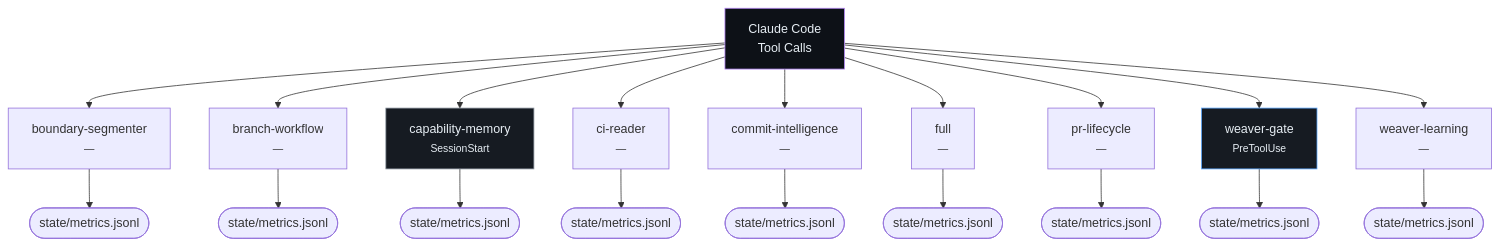
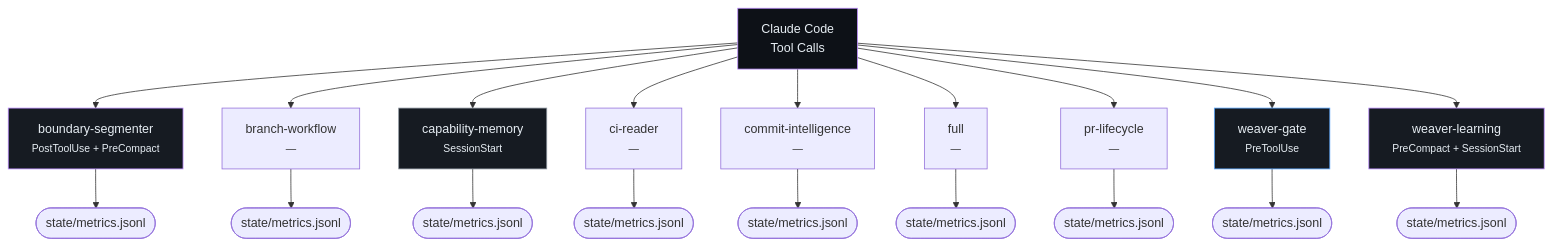
One commit to enchanted-plugins/weaver changed the diagram in docs/architecture/highlevel.mmd. Above: the diagram before and after it, drawn with Mermaid. The commit also changed 8 other files, not shown here.

First line of the commit message:
docs: regenerate architecture diagrams + SVGs with full hook topology

```diff
--- a/docs/architecture/highlevel.mmd
+++ b/docs/architecture/highlevel.mmd
@@ -1,41 +1,43 @@
 graph TD
     CC["Claude Code<br/>Tool Calls"]
-    boundary_segmenter["boundary-segmenter<br/><small>—</small>"]
+    boundary_segmenter["boundary-segmenter<br/><small>PostToolUse + PreCompact</small>"]
     CC --> boundary_segmenter
     boundary_segmenter_out(["state/metrics.jsonl"])
     boundary_segmenter --> boundary_segmenter_out
+    style boundary_segmenter fill:#161b22,stroke:#bc8cff,color:#e6edf3
     branch_workflow["branch-workflow<br/><small>—</small>"]
     CC --> branch_workflow
     branch_workflow_out(["state/metrics.jsonl"])
     branch_workflow --> branch_workflow_out
     capability_memory["capability-memory<br/><small>SessionStart</small>"]
     CC --> capability_memory
     capability_memory_out(["state/metrics.jsonl"])
     capability_memory --> capability_memory_out
     style capability_memory fill:#161b22,stroke:#8b949e,color:#e6edf3
     ci_reader["ci-reader<br/><small>—</small>"]
     CC --> ci_reader
     ci_reader_out(["state/metrics.jsonl"])
     ci_reader --> ci_reader_out
     commit_intelligence["commit-intelligence<br/><small>—</small>"]
     CC --> commit_intelligence
     commit_intelligence_out(["state/metrics.jsonl"])
     commit_intelligence --> commit_intelligence_out
     full["full<br/><small>—</small>"]
     CC --> full
     full_out(["state/metrics.jsonl"])
     full --> full_out
     pr_lifecycle["pr-lifecycle<br/><small>—</small>"]
     CC --> pr_lifecycle
     pr_lifecycle_out(["state/metrics.jsonl"])
     pr_lifecycle --> pr_lifecycle_out
     weaver_gate["weaver-gate<br/><small>PreToolUse</small>"]
     CC --> weaver_gate
     weaver_gate_out(["state/metrics.jsonl"])
     weaver_gate --> weaver_gate_out
     style weaver_gate fill:#161b22,stroke:#58a6ff,color:#e6edf3
-    weaver_learning["weaver-learning<br/><small>—</small>"]
+    weaver_learning["weaver-learning<br/><small>PreCompact + SessionStart</small>"]
     CC --> weaver_learning
     weaver_learning_out(["state/metrics.jsonl"])
     weaver_learning --> weaver_learning_out
+    style weaver_learning fill:#161b22,stroke:#bc8cff,color:#e6edf3
     style CC fill:#0d1117,stroke:#bc8cff,color:#e6edf3
```
